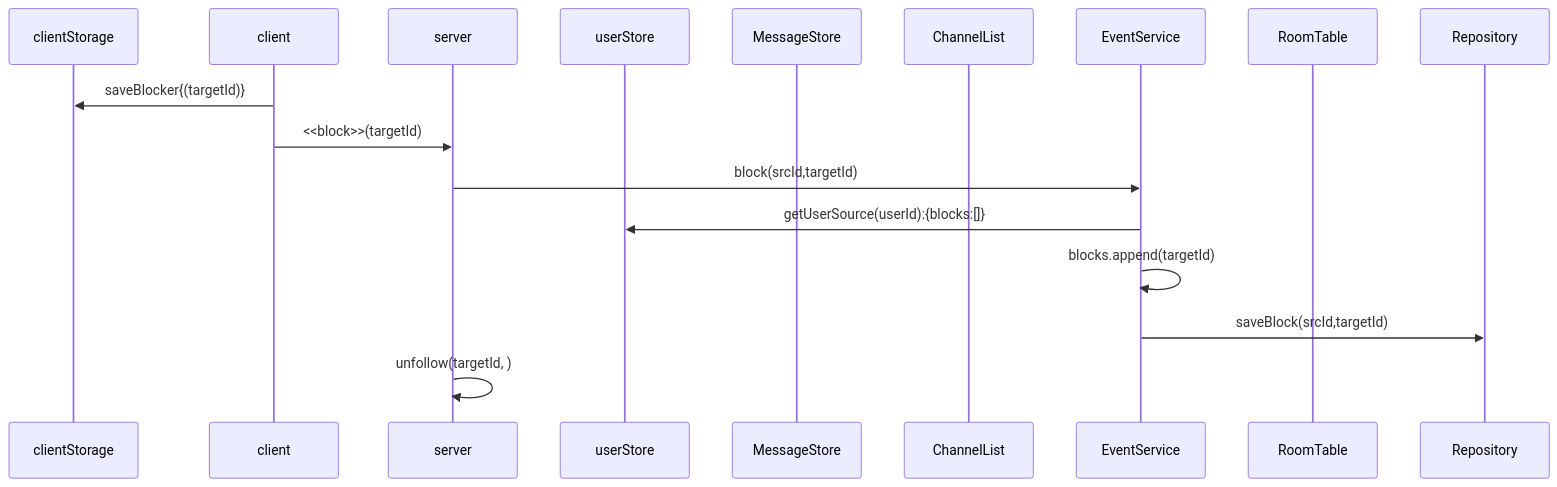
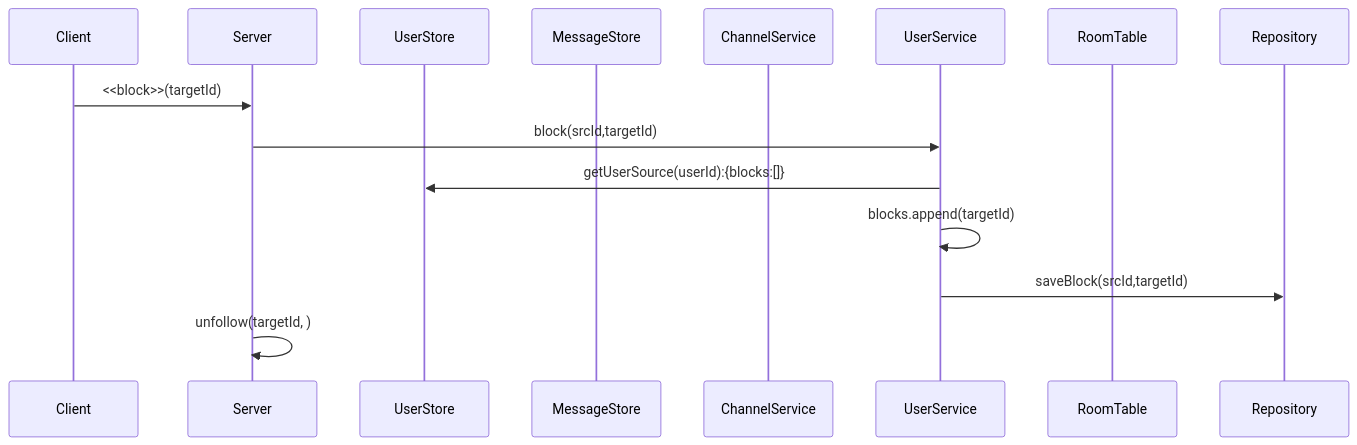
Before and after one commit to mtak0235/simmons_transcendence: the fifth of 20 diagrams in backend/node/app/event.md, drawn with Mermaid. The commit also changed other lines of this file, not shown here.

Commit message:
refactor: 백엔드 소켓 시퀀스 다이어그램 순서 정리 & 요청 응답 값 구체화

````diff
--- a/backend/node/app/event.md
+++ b/backend/node/app/event.md
@@ -160,20 +258,18 @@
 ```mermaid
 sequenceDiagram
-participant cls as clientStorage
-participant c as client
-participant ga as server
-participant ss as userStore
+participant c as Client
+participant ga as Server
+participant ss as UserStore
 participant ms as MessageStore
-participant cns as ChannelList
-participant cs as EventService
+participant cns as ChannelService
+participant us as UserService
 participant rt as RoomTable
 participant r as Repository
 
-c->>cls: saveBlocker{(targetId)}
 c->>ga: <<block>>(targetId)
-ga->>cs: block(srcId,targetId)
-cs->>ss: getUserSource(userId):{blocks:[]}
-cs->>cs: blocks.append(targetId)
-cs->>r: saveBlock(srcId,targetId)
+ga->>us: block(srcId,targetId)
+us->>ss: getUserSource(userId):{blocks:[]}
+us->>us: blocks.append(targetId)
+us->>r: saveBlock(srcId,targetId)
 ga->>ga: unfollow(targetId, )
 ```
````
